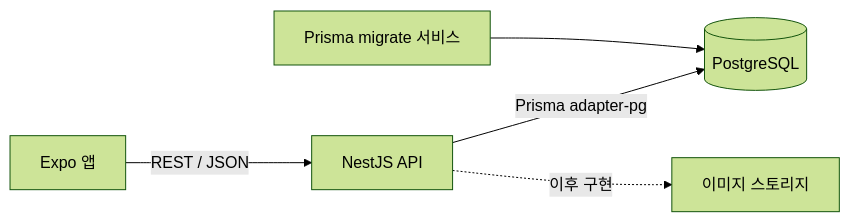
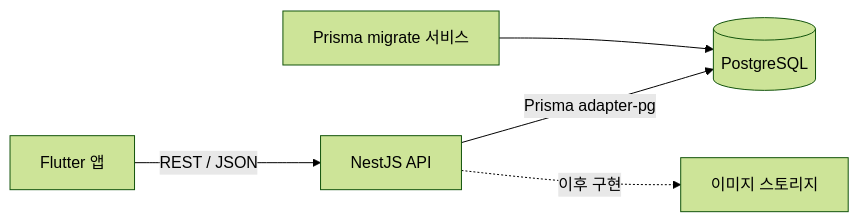
One commit to konga22/Esel changed the first of 2 diagrams in server/ARCHITECTURE.md. Above: the diagram before and after it, drawn with Mermaid (forest theme). The commit also changed other lines of this file and 25 other files, not shown here.

````diff
--- a/server/ARCHITECTURE.md
+++ b/server/ARCHITECTURE.md
@@ -37,7 +40,7 @@
 ```mermaid
 flowchart LR
-    Expo[Expo 앱] -->|REST / JSON| API[NestJS API]
+    Flutter[Flutter 앱] -->|REST / JSON| API[NestJS API]
     API -->|Prisma adapter-pg| DB[(PostgreSQL)]
     Migrate[Prisma migrate 서비스] --> DB
     API -. 이후 구현 .-> Storage[이미지 스토리지]
 ```
````
